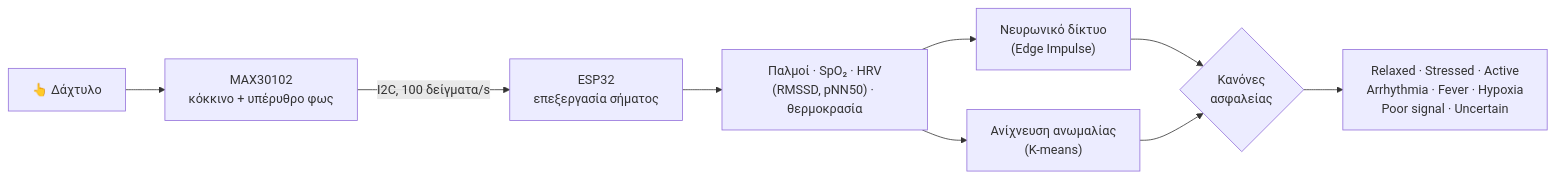
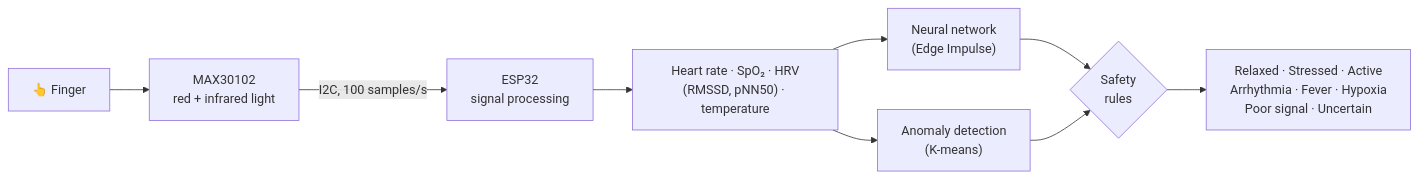
The diagram in README.md (anastasiagkl18/smart-health-guardian), drawn with Mermaid before and after one commit. The commit also changed other lines of this file and 7 other files, not shown here.

````diff
--- a/README.md
+++ b/README.md
@@ -46,11 +46,11 @@
 ```mermaid
 flowchart LR
-    A["👆 Δάχτυλο"] --> B["MAX30102<br/>κόκκινο + υπέρυθρο φως"]
-    B -->|"I2C, 100 δείγματα/s"| C["ESP32<br/>επεξεργασία σήματος"]
-    C --> D["Παλμοί · SpO₂ · HRV<br/>(RMSSD, pNN50) · θερμοκρασία"]
-    D --> E["Νευρωνικό δίκτυο<br/>(Edge Impulse)"]
-    D --> F["Ανίχνευση ανωμαλίας<br/>(K-means)"]
-    E --> G{"Κανόνες<br/>ασφαλείας"}
+    A["👆 Finger"] --> B["MAX30102<br/>red + infrared light"]
+    B -->|"I2C, 100 samples/s"| C["ESP32<br/>signal processing"]
+    C --> D["Heart rate · SpO₂ · HRV<br/>(RMSSD, pNN50) · temperature"]
+    D --> E["Neural network<br/>(Edge Impulse)"]
+    D --> F["Anomaly detection<br/>(K-means)"]
+    E --> G{"Safety<br/>rules"}
     F --> G
     G --> H["Relaxed · Stressed · Active<br/>Arrhythmia · Fever · Hypoxia<br/>Poor signal · Uncertain"]
 ```
````
